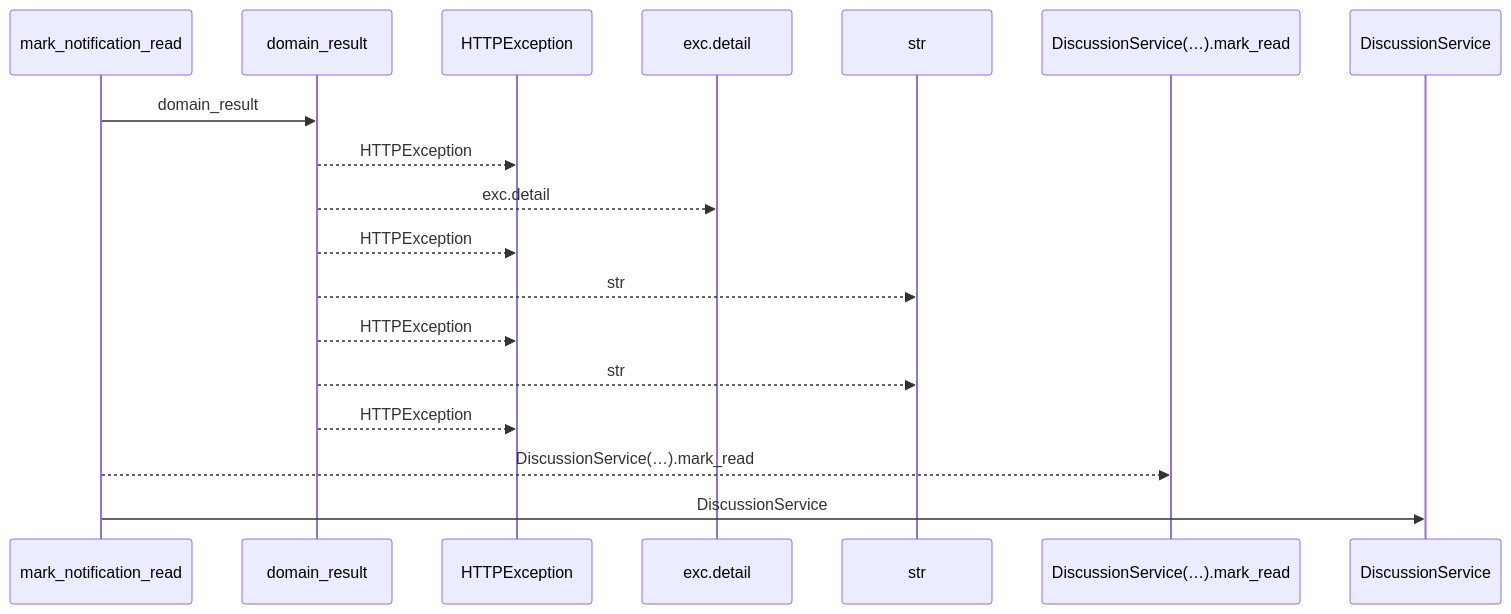
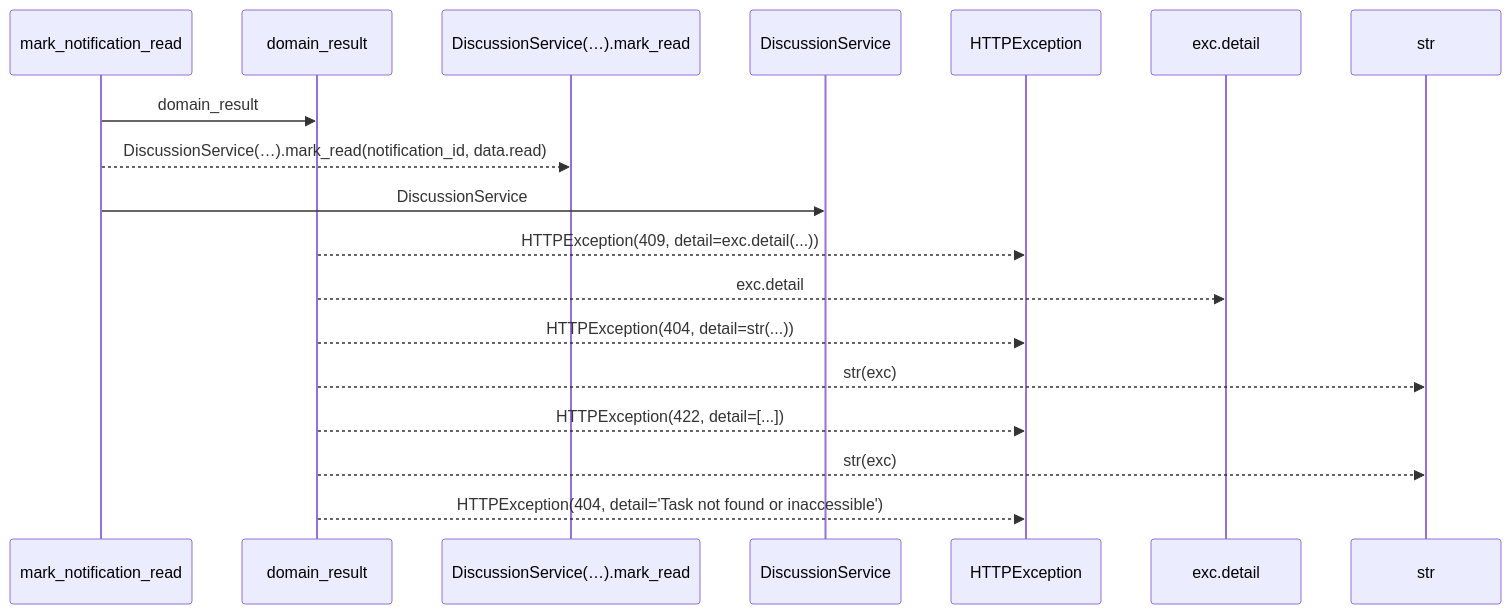
Before and after one commit to Denissvgn/WorkChord: the first of 2 diagrams in docs/llm_wiki/flows/http-mark_notification_read.md, drawn with Mermaid. The commit also changed other lines of this file and 25171 other files, not shown here.

````diff
--- a/docs/llm_wiki/flows/http-mark_notification_read.md
+++ b/docs/llm_wiki/flows/http-mark_notification_read.md
@@ -10,20 +12,20 @@
 ```mermaid
 sequenceDiagram
     participant p0 as mark_notification_read
     participant p1 as domain_result
-    participant p2 as HTTPException
-    participant p3 as exc.detail
-    participant p4 as str
-    participant p5 as DiscussionService(…).mark_read
-    participant p6 as DiscussionService
+    participant p2 as DiscussionService(…).mark_read
+    participant p3 as DiscussionService
+    participant p4 as HTTPException
+    participant p5 as exc.detail
+    participant p6 as str
     p0->>p1: domain_result
-    p1-->>p2: HTTPException
-    p1-->>p3: exc.detail
-    p1-->>p2: HTTPException
-    p1-->>p4: str
-    p1-->>p2: HTTPException
-    p1-->>p4: str
-    p1-->>p2: HTTPException
-    p0-->>p5: DiscussionService(…).mark_read
-    p0->>p6: DiscussionService
+    p0-->>p2: DiscussionService(…).mark_read(notification_id, data.read)
+    p0->>p3: DiscussionService
+    p1-->>p4: HTTPException(409, detail=exc.detail(...))
+    p1-->>p5: exc.detail
+    p1-->>p4: HTTPException(404, detail=str(...))
+    p1-->>p6: str(exc)
+    p1-->>p4: HTTPException(422, detail=[...])
+    p1-->>p6: str(exc)
+    p1-->>p4: HTTPException(404, detail='Task not found or inaccessible')
 ```
````
